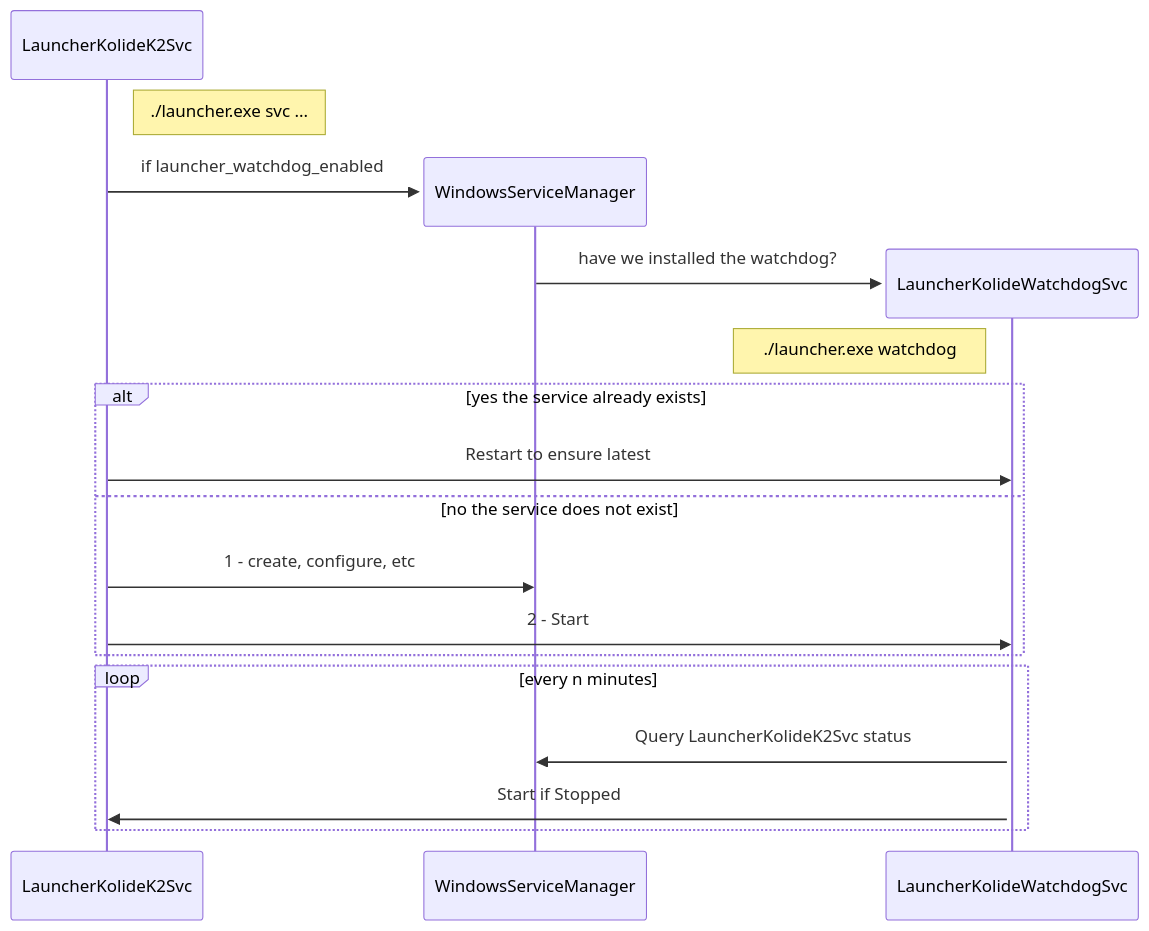
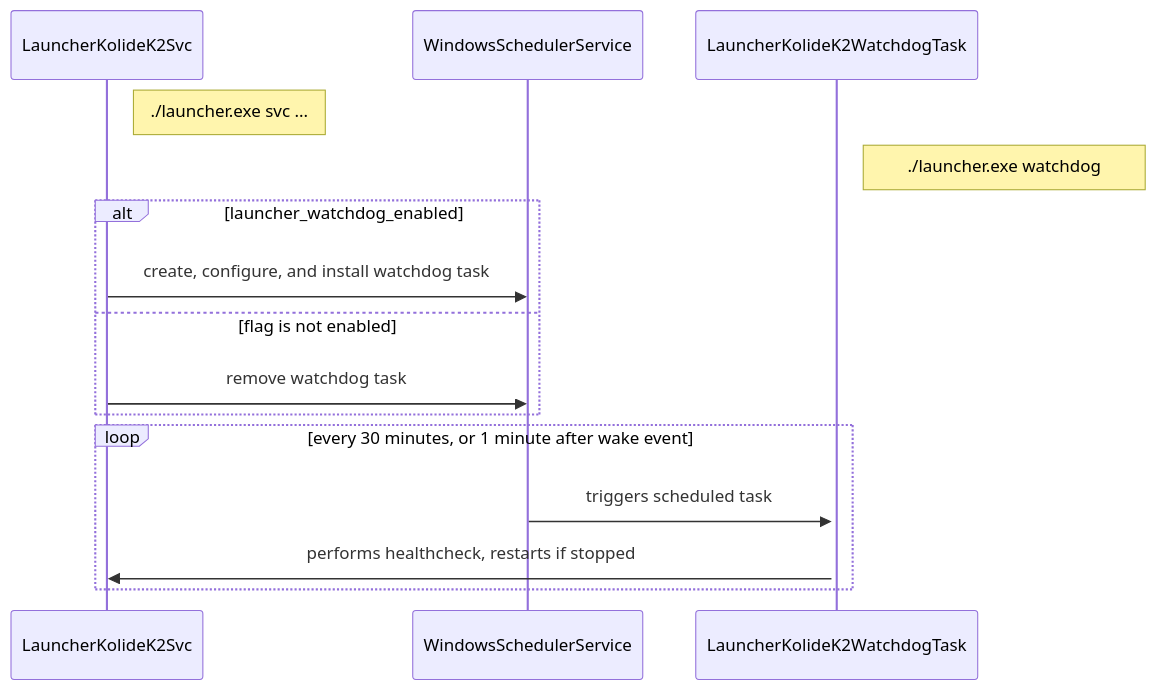
One commit to kolide/launcher changed the diagram in docs/architecture/launcher_watchdog.md. Above: the diagram before and after it, drawn with Mermaid. The commit also changed other lines of this file and 13 other files, not shown here.

Commit message:
upgrade watchdog service to scheduled task (#1951)

````diff
--- a/docs/architecture/launcher_watchdog.md
+++ b/docs/architecture/launcher_watchdog.md
@@ -8,23 +10,20 @@
 ```mermaid
 sequenceDiagram
     participant LauncherKolideK2Svc
     Note right of LauncherKolideK2Svc: ./launcher.exe svc ...
-    create participant WindowsServiceManager
-    LauncherKolideK2Svc->>WindowsServiceManager: if launcher_watchdog_enabled
-    create participant LauncherKolideWatchdogSvc
-    WindowsServiceManager->>LauncherKolideWatchdogSvc: have we installed the watchdog?
-    Note left of LauncherKolideWatchdogSvc: ./launcher.exe watchdog
+    participant WindowsSchedulerService
+    participant LauncherKolideK2WatchdogTask
+    Note right of LauncherKolideK2WatchdogTask: ./launcher.exe watchdog
 
-    alt yes the service already exists
-        LauncherKolideK2Svc->>LauncherKolideWatchdogSvc: Restart to ensure latest
-    else no the service does not exist
-        LauncherKolideK2Svc->>WindowsServiceManager: 1 - create, configure, etc
-        LauncherKolideK2Svc->>LauncherKolideWatchdogSvc: 2 - Start
-        activate LauncherKolideWatchdogSvc
+    alt launcher_watchdog_enabled
+        LauncherKolideK2Svc->>WindowsSchedulerService: create, configure, and install watchdog task
+        activate LauncherKolideK2WatchdogTask
+    else flag is not enabled
+        LauncherKolideK2Svc->>WindowsSchedulerService: remove watchdog task
     end
 
-    loop every n minutes
-        LauncherKolideWatchdogSvc->>WindowsServiceManager: Query LauncherKolideK2Svc status
-        LauncherKolideWatchdogSvc->>LauncherKolideK2Svc: Start if Stopped
+    loop every 30 minutes, or 1 minute after wake event
+        WindowsSchedulerService->>LauncherKolideK2WatchdogTask: triggers scheduled task
+        LauncherKolideK2WatchdogTask->>LauncherKolideK2Svc: performs healthcheck, restarts if stopped
     end
 ```
````
